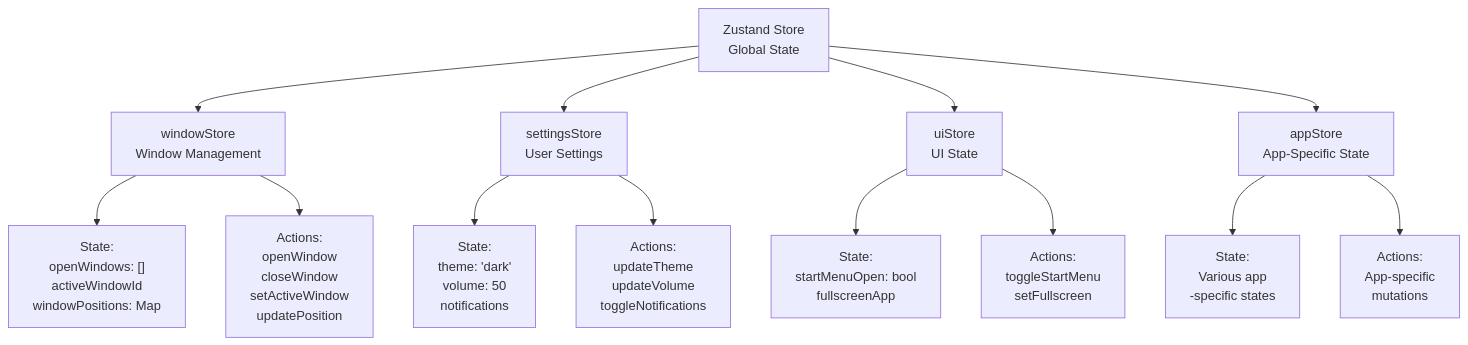
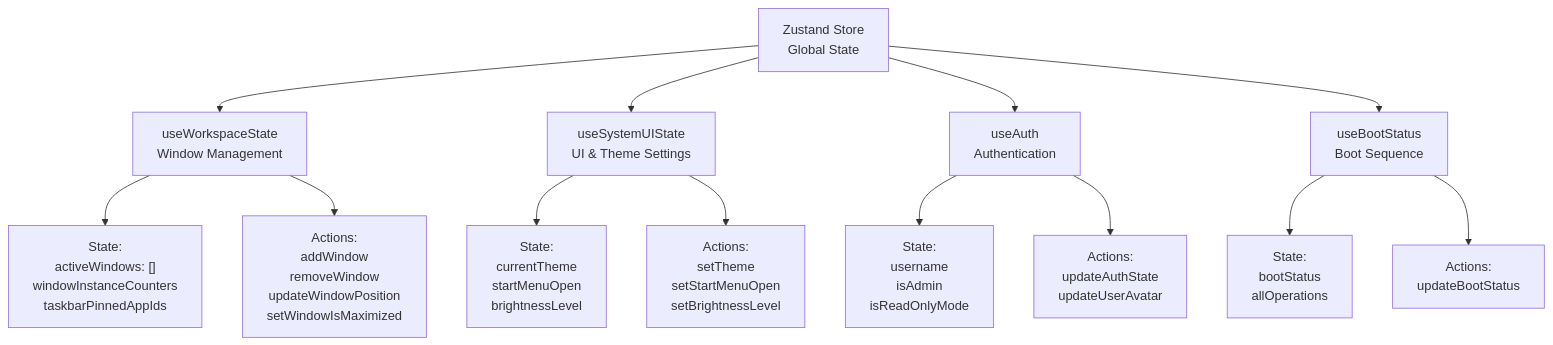
Before and after one commit to NatsuDrag9/portfolio-os: the third of 13 diagrams in docs/DATA_FLOW.md, drawn with Mermaid. The commit also changed other lines of this file and 7 other files, not shown here.

Commit message:
docs(app): correct architecture doc and add more docs

````diff
--- a/docs/DATA_FLOW.md
+++ b/docs/DATA_FLOW.md
@@ -75,21 +75,21 @@
 ```mermaid
 graph TD
     A["Zustand Store<br/>Global State"]
 
-    A --> B["windowStore<br/>Window Management"]
-    A --> C["settingsStore<br/>User Settings"]
-    A --> D["uiStore<br/>UI State"]
-    A --> E["appStore<br/>App-Specific State"]
+    A --> B["useWorkspaceState<br/>Window Management"]
+    A --> C["useSystemUIState<br/>UI & Theme Settings"]
+    A --> D["useAuth<br/>Authentication"]
+    A --> E["useBootStatus<br/>Boot Sequence"]
 
-    B --> B1["State:<br/>openWindows: []<br/>activeWindowId<br/>windowPositions: Map"]
-    B --> B2["Actions:<br/>openWindow<br/>closeWindow<br/>setActiveWindow<br/>updatePosition"]
+    B --> B1["State:<br/>activeWindows: []<br/>windowInstanceCounters<br/>taskbarPinnedAppIds"]
+    B --> B2["Actions:<br/>addWindow<br/>removeWindow<br/>updateWindowPosition<br/>setWindowIsMaximized"]
 
-    C --> C1["State:<br/>theme: 'dark'<br/>volume: 50<br/>notifications"]
-    C --> C2["Actions:<br/>updateTheme<br/>updateVolume<br/>toggleNotifications"]
+    C --> C1["State:<br/>currentTheme<br/>startMenuOpen<br/>brightnessLevel"]
+    C --> C2["Actions:<br/>setTheme<br/>setStartMenuOpen<br/>setBrightnessLevel"]
 
-    D --> D1["State:<br/>startMenuOpen: bool<br/>fullscreenApp"]
-    D --> D2["Actions:<br/>toggleStartMenu<br/>setFullscreen"]
+    D --> D1["State:<br/>username<br/>isAdmin<br/>isReadOnlyMode"]
+    D --> D2["Actions:<br/>updateAuthState<br/>updateUserAvatar"]
 
-    E --> E1["State:<br/>Various app<br/>-specific states"]
-    E --> E2["Actions:<br/>App-specific<br/>mutations"]
+    E --> E1["State:<br/>bootStatus<br/>allOperations"]
+    E --> E2["Actions:<br/>updateBootStatus"]
 ```
````
